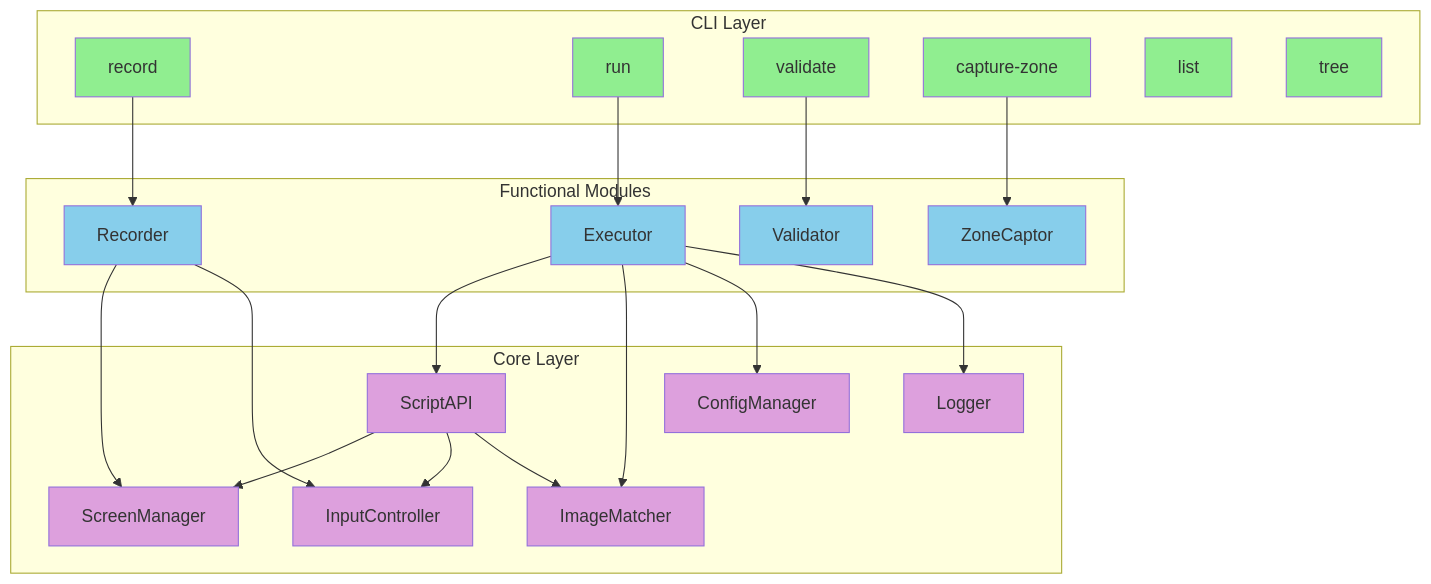
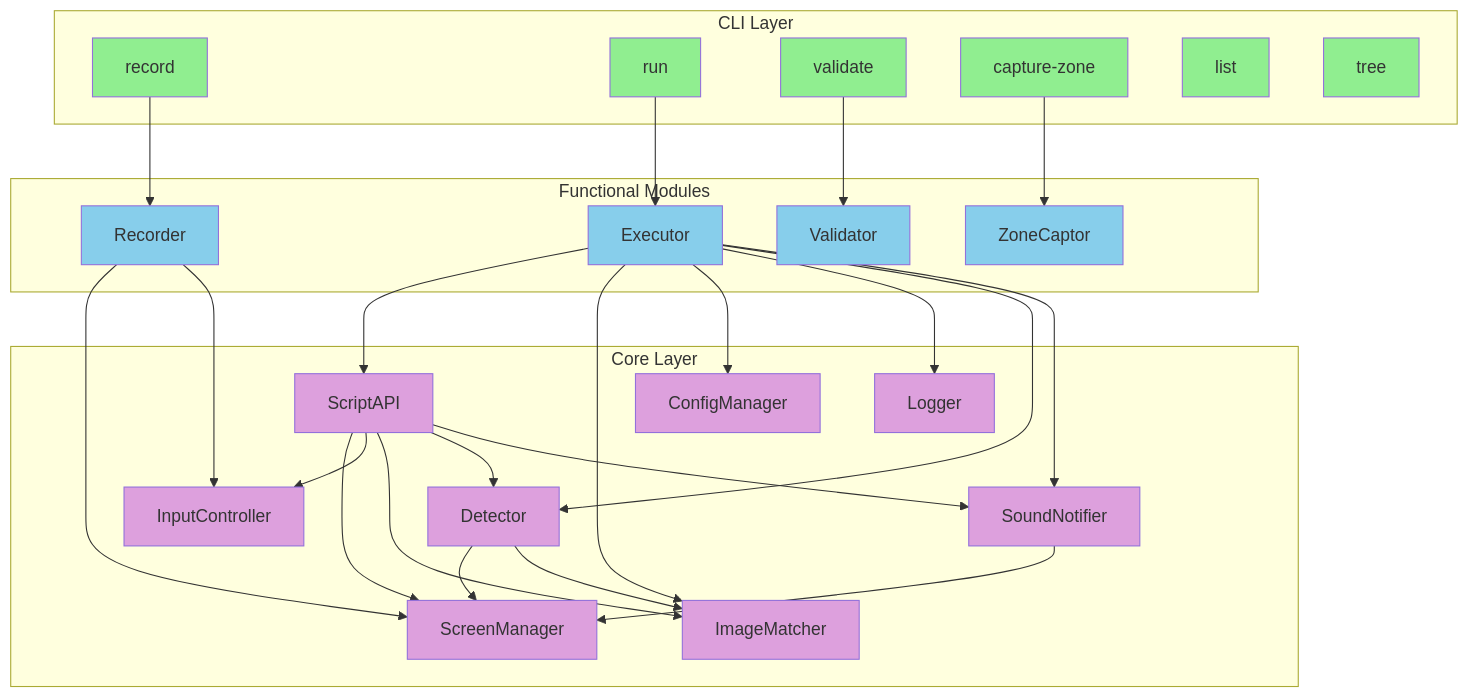
One commit to Ts-sound/GameMacroAutomation changed the first of 4 diagrams in docs/design/README.md. Above: the diagram before and after it, drawn with Mermaid. The commit also changed other lines of this file and 10 other files, not shown here.

First line of the commit message:
feat: 添加区域检测与图标状态监测功能

````diff
--- a/docs/design/README.md
+++ b/docs/design/README.md
@@ -10,50 +10,59 @@
 ```mermaid
 graph TD
     subgraph CLI["CLI Layer"]
         CLI1[record]
         CLI2[run]
         CLI3[validate]
         CLI4[capture-zone]
         CLI5[list]
         CLI6[tree]
     end
 
     subgraph Module["Functional Modules"]
         REC[Recorder]
         EXE[Executor]
         VAL[Validator]
         ZC[ZoneCaptor]
     end
 
     subgraph Core["Core Layer"]
         SM[ScreenManager]
         IC[InputController]
         IM[ImageMatcher]
         CM[ConfigManager]
         LOG[Logger]
         SA[ScriptAPI]
+        DD[Detector]
+        SN[SoundNotifier]
     end
 
     CLI1 --> REC
     CLI2 --> EXE
     CLI3 --> VAL
     CLI4 --> ZC
 
     REC --> SM
     REC --> IC
     EXE --> SA
     EXE --> IM
     EXE --> CM
     EXE --> LOG
+    EXE --> DD
+    EXE --> SN
 
     SA --> SM
     SA --> IC
     SA --> IM
+    SA --> DD
+    SA --> SN
+    DD --> SM
+    DD --> IM
+    SN --> SM
 
     classDef cli fill:#90EE90
     classDef module fill:#87CEEB
     classDef core fill:#DDA0DD
     class CLI1,CLI2,CLI3,CLI4,CLI5,CLI6 cli
     class REC,EXE,VAL,ZC module
-    class SM,IC,IM,CM,LOG,SA core
+    class SM,IC,IM,CM,LOG,SA,DD,SN core
 ```
````
